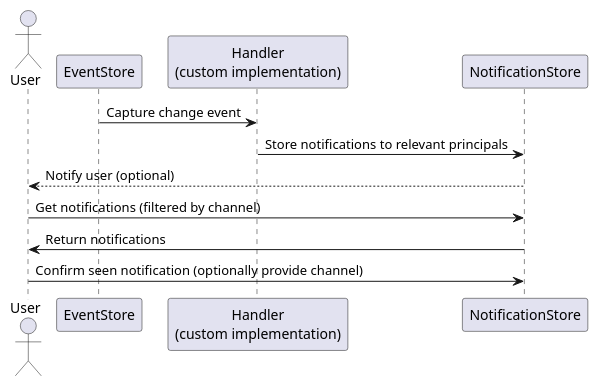
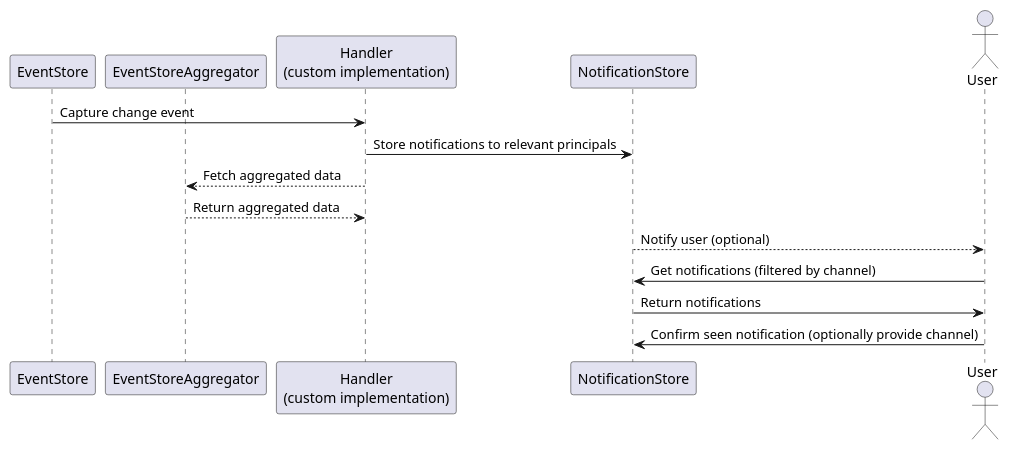
One commit to graphql-services/event-store-notifications changed the diagram in resources/diagram.puml. Above: the diagram before and after it, drawn with PlantUML.

Commit message:
Update ordering and add aggregator

```diff
--- a/resources/diagram.puml
+++ b/resources/diagram.puml
@@ -1,15 +1,18 @@
 @startuml diagram
-actor User
 participant EventStore
+participant EventStoreAggregator
 participant "Handler\n(custom implementation)" as Handler
 participant NotificationStore
+actor User
 
 EventStore -> Handler : Capture change event
 Handler -> NotificationStore : Store notifications to relevant principals
+Handler --> EventStoreAggregator : Fetch aggregated data
+EventStoreAggregator --> Handler : Return aggregated data
 NotificationStore --> User : Notify user (optional)
 User -> NotificationStore : Get notifications (filtered by channel)
 NotificationStore -> User : Return notifications
 User -> NotificationStore : Confirm seen notification (optionally provide channel)
 
 
 @enduml
```
